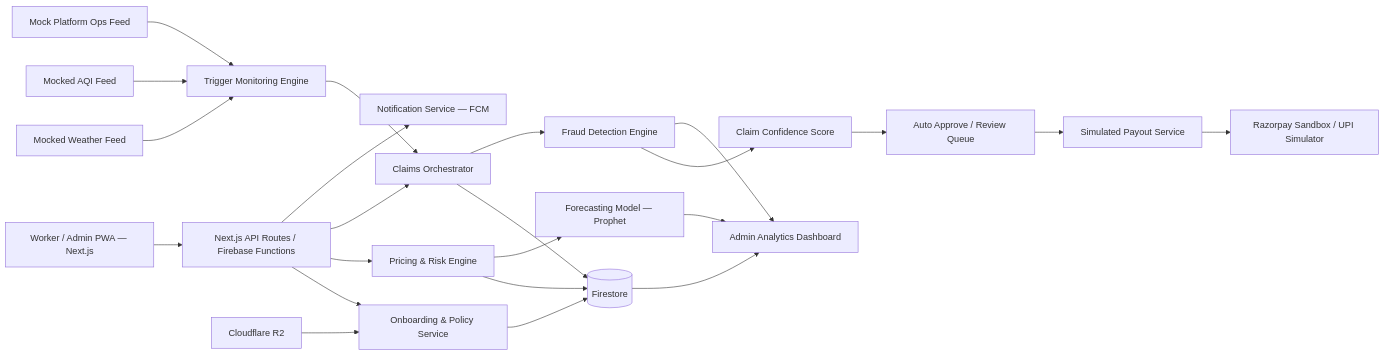
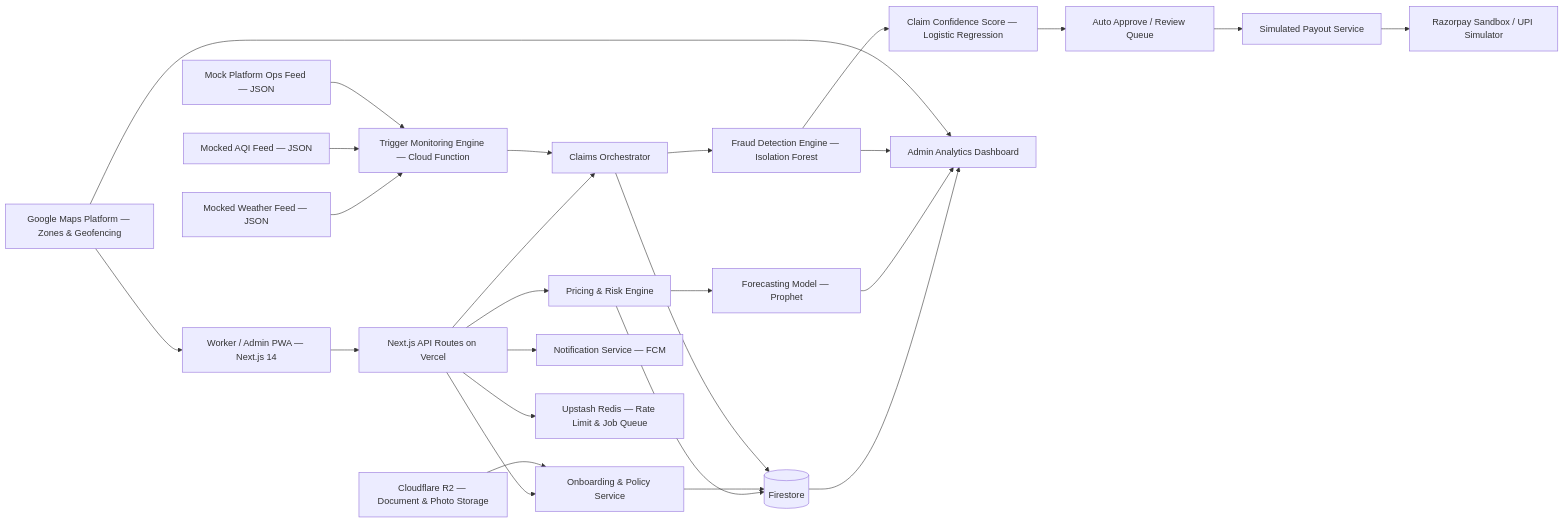
The diagram in README.md (Lullucoder/RoziRakshak-AI), drawn with Mermaid before and after one commit. The commit also changed other lines of this file, not shown here.

First line of the commit message:
Revise architecture diagram and principles in README

````diff
--- a/README.md
+++ b/README.md
@@ -610,30 +610,33 @@
 ```mermaid
 flowchart LR
-     A[Worker / Admin PWA — Next.js] --> B[Next.js API Routes / Firebase Functions]
-     B --> C[Onboarding & Policy Service]
-     B --> D[Pricing & Risk Engine]
-     B --> E[Claims Orchestrator]
-     B --> F[Notification Service — FCM]
+    A[Worker / Admin PWA — Next.js 14] --> B[Next.js API Routes on Vercel]
+    B --> C[Onboarding & Policy Service]
+    B --> D[Pricing & Risk Engine]
+    B --> E[Claims Orchestrator]
+    B --> F[Notification Service — FCM]
+    B --> G[Upstash Redis — Rate Limit & Job Queue]
 
-     G[Mocked Weather Feed] --> H[Trigger Monitoring Engine]
-     I[Mocked AQI Feed] --> H
-     J[Mock Platform Ops Feed] --> H
+    H[Mocked Weather Feed — JSON] --> I[Trigger Monitoring Engine — Cloud Function]
+    J[Mocked AQI Feed — JSON] --> I
+    K[Mock Platform Ops Feed — JSON] --> I
 
-     H --> E
-     D --> K[(Firestore)]
-     C --> K
-     E --> K
+    I --> E
+    D --> L[(Firestore)]
+    C --> L
+    E --> L
 
-     E --> L[Fraud Detection Engine]
-     D --> M[Forecasting Model — Prophet]
-     L --> N[Claim Confidence Score]
-     N --> O[Auto Approve / Review Queue]
-     O --> P[Simulated Payout Service]
+    E --> M[Fraud Detection Engine — Isolation Forest]
+    D --> N[Forecasting Model — Prophet]
+    M --> O[Claim Confidence Score — Logistic Regression]
+    O --> P[Auto Approve / Review Queue]
+    P --> Q[Simulated Payout Service]
 
-     P --> Q[Razorpay Sandbox / UPI Simulator]
-     K --> R[Admin Analytics Dashboard]
-     M --> R
-     L --> R
+    Q --> R[Razorpay Sandbox / UPI Simulator]
+    L --> S[Admin Analytics Dashboard]
+    N --> S
+    M --> S
 
-     S[Cloudflare R2] --> C
+    T[Cloudflare R2 — Document & Photo Storage] --> C
+    U[Google Maps Platform — Zones & Geofencing] --> A
+    U --> S
 ```
````
